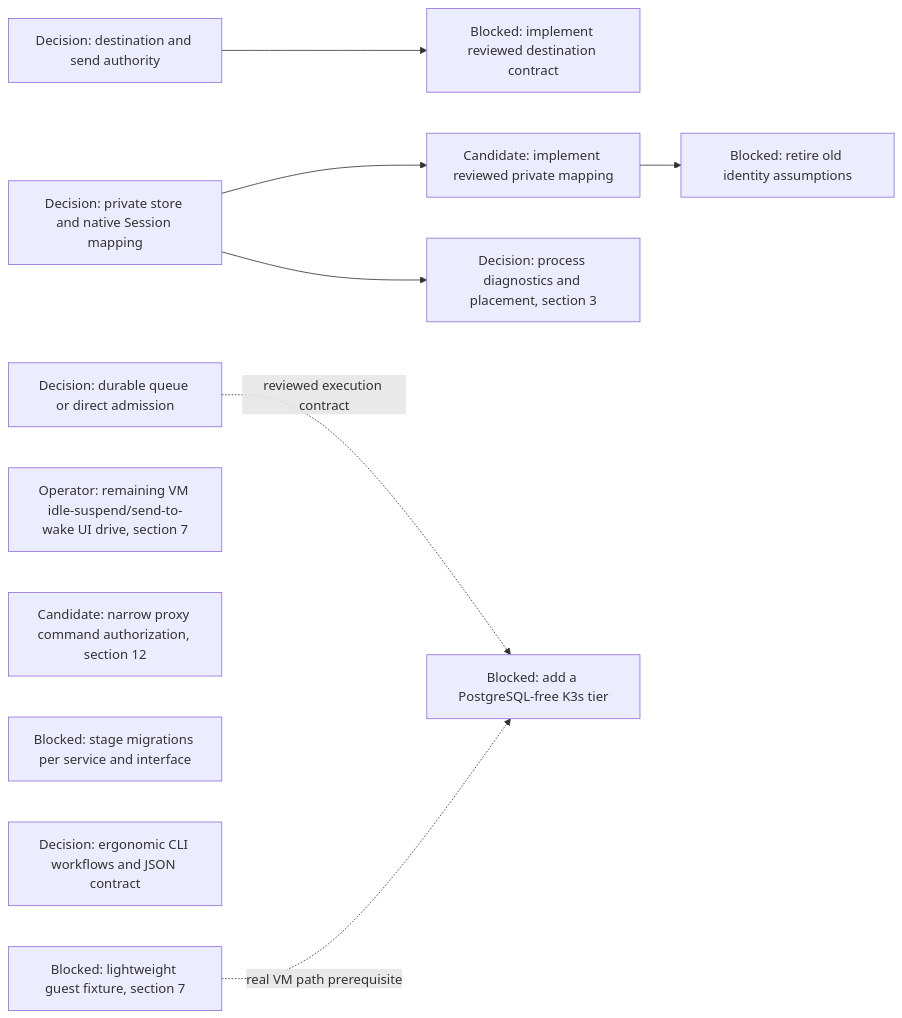
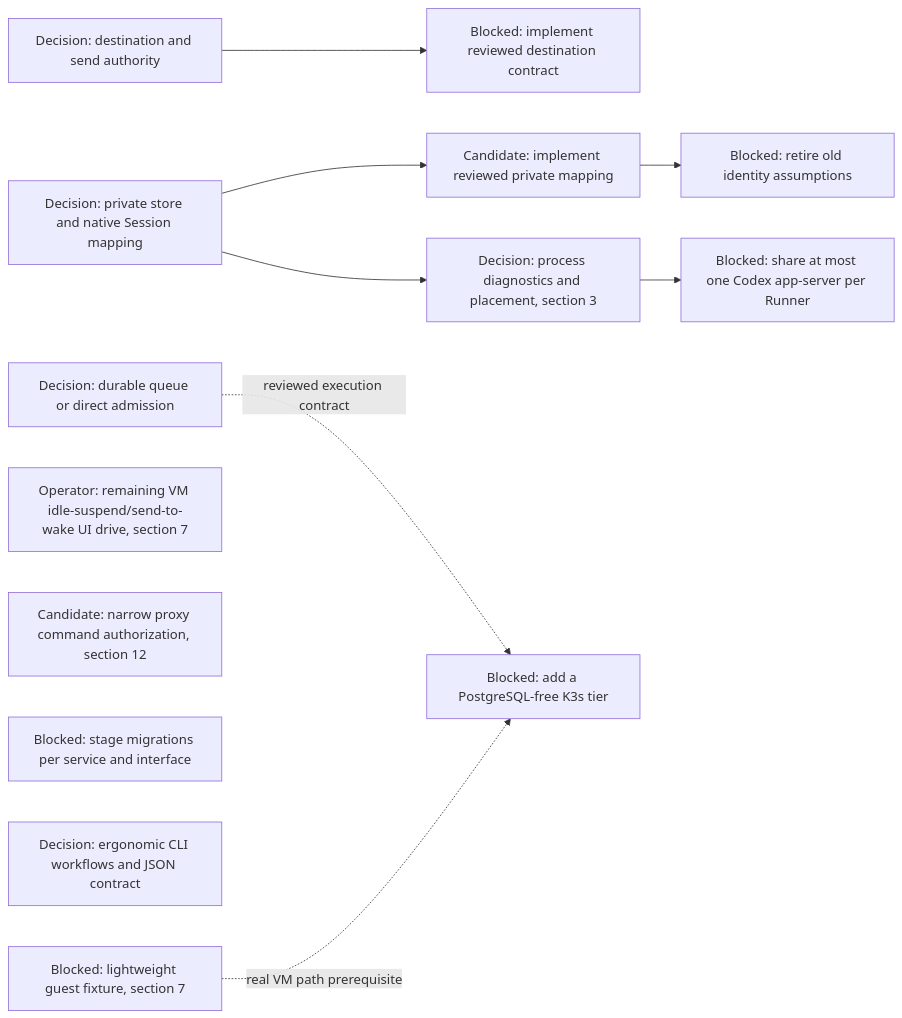
Before and after one commit to agentydragon-agent/ducktape: diagram 16 of 16 in agentplane/plans/task_dag.md, drawn with Mermaid. The commit also changed other lines of this file, not shown here.

First line of the commit message:
docs(agentplane): plan one shared Codex app-server per runner (#10968)

````diff
--- a/agentplane/plans/task_dag.md
+++ b/agentplane/plans/task_dag.md
@@ -1681,22 +1716,23 @@
 ```mermaid
 flowchart LR
     DISPATCHER_PERSISTENCE_MODEL_DESIGN[Decision: durable queue or direct admission]
     DELIVERY_DESTINATION_AUTHORITY_DESIGN[Decision: destination and send authority]
     DELIVERY_DESTINATION_CONTRACT[Blocked: implement reviewed destination contract]
     HARNESS_IDENTITY_DESIGN[Decision: private store and native Session mapping]
     RUNNER_STORE_SESSION_IDENTITY[Candidate: implement reviewed private mapping]
     RUNNER_IDENTITY_LEGACY_CLEANUP[Blocked: retire old identity assumptions]
     IDLE_SUSPEND_UI_DRIVE[Operator: remaining VM idle-suspend/send-to-wake UI drive, section 7]
     PROXY_START_METHODS_DISPATCHER_ONLY[Candidate: narrow proxy command authorization, section 12]
     RUNNER_HARNESS_OBJECTS_DESIGN[Decision: process diagnostics and placement, section 3]
     SERVICE_API_TRANSPORT_MIGRATIONS[Blocked: stage migrations per service and interface]
     AGENT_API_TOOLING_DESIGN[Decision: ergonomic CLI workflows and JSON contract]
     CNPG_FREE_K3S_INTEGRATION_TIER[Blocked: add a PostgreSQL-free K3s tier]
     K3S_VM_IMAGE[Blocked: lightweight guest fixture, section 7]
     DELIVERY_DESTINATION_AUTHORITY_DESIGN --> DELIVERY_DESTINATION_CONTRACT
     RUNNER_STORE_SESSION_IDENTITY --> RUNNER_IDENTITY_LEGACY_CLEANUP
     HARNESS_IDENTITY_DESIGN --> RUNNER_STORE_SESSION_IDENTITY
     HARNESS_IDENTITY_DESIGN --> RUNNER_HARNESS_OBJECTS_DESIGN
+    RUNNER_HARNESS_OBJECTS_DESIGN --> RUNNER_CODEX_SHARED_PROCESS[Blocked: share at most one Codex app-server per Runner]
     DISPATCHER_PERSISTENCE_MODEL_DESIGN -. reviewed execution contract .-> CNPG_FREE_K3S_INTEGRATION_TIER
     K3S_VM_IMAGE -. real VM path prerequisite .-> CNPG_FREE_K3S_INTEGRATION_TIER
 ```
````
